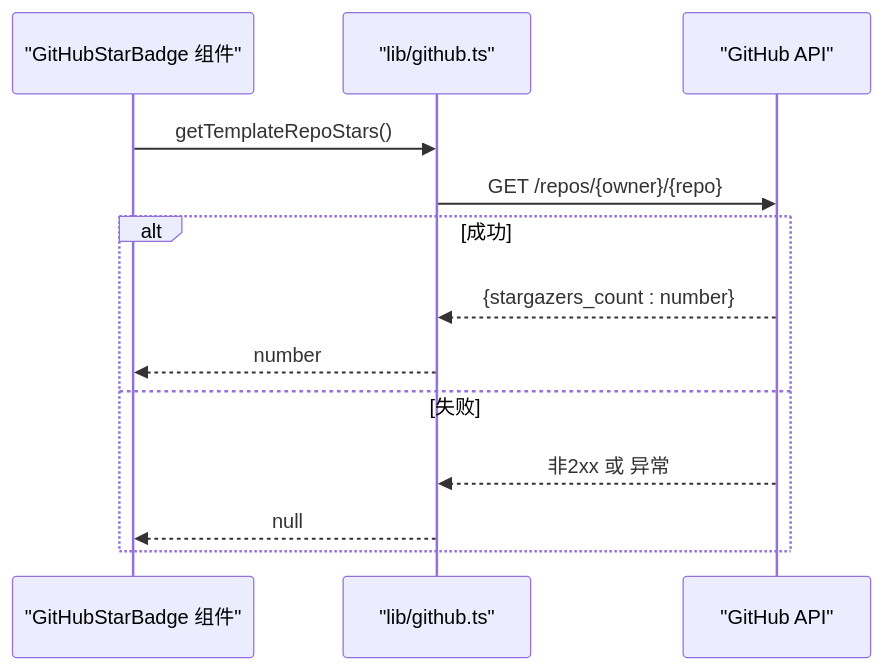
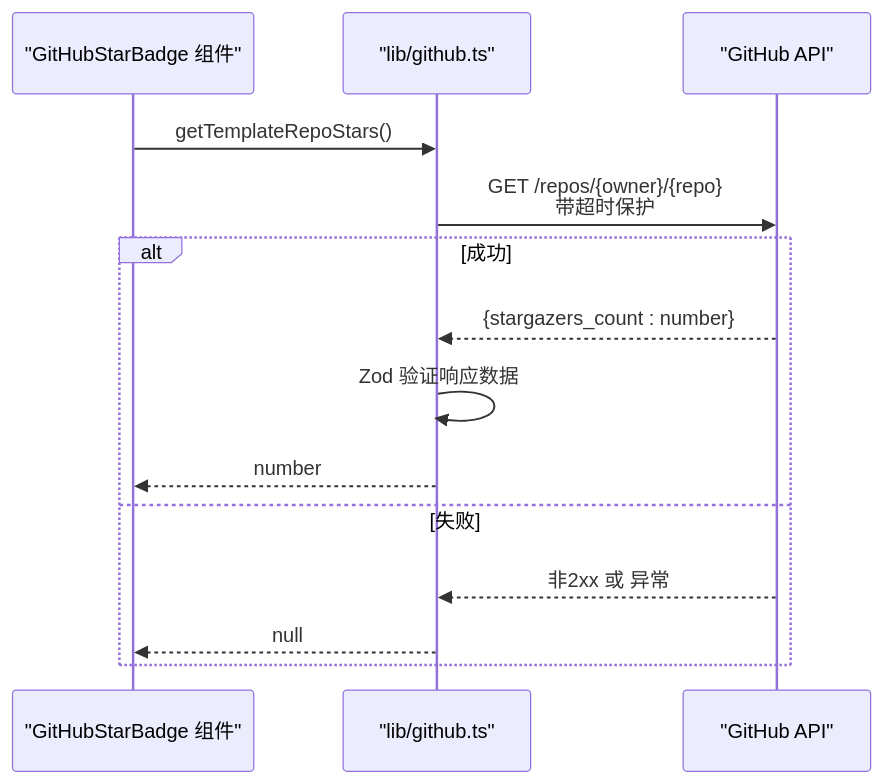
One commit to florianjsun/next-portfolio changed the fifth of 6 diagrams in .qoder/repowiki/zh/content/API接口文档/API接口文档.md. Above: the diagram before and after it, drawn with Mermaid. The commit also changed other lines of this file and 49 other files, not shown here.

````diff
--- a/.qoder/repowiki/zh/content/API接口文档/API接口文档.md
+++ b/.qoder/repowiki/zh/content/API接口文档/API接口文档.md
@@ -186,15 +291,16 @@
 ```mermaid
 sequenceDiagram
 participant Comp as "GitHubStarBadge 组件"
 participant Lib as "lib/github.ts"
 participant GHA as "GitHub API"
 Comp->>Lib : getTemplateRepoStars()
-Lib->>GHA : GET /repos/{owner}/{repo}
+Lib->>GHA : GET /repos/{owner}/{repo}<br/>带超时保护
 alt 成功
 GHA-->>Lib : {stargazers_count : number}
+Lib->>Lib : Zod 验证响应数据
 Lib-->>Comp : number
 else 失败
 GHA-->>Lib : 非2xx 或 异常
 Lib-->>Comp : null
 end
 ```
````
